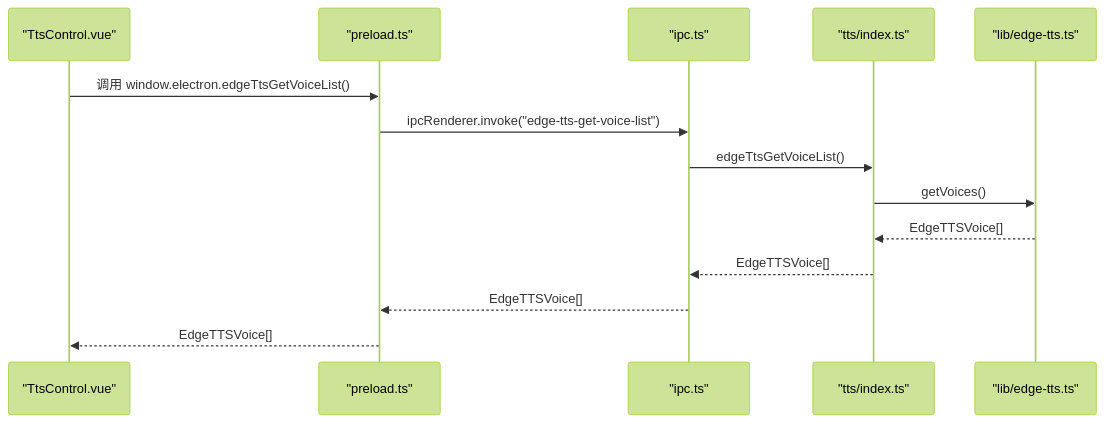
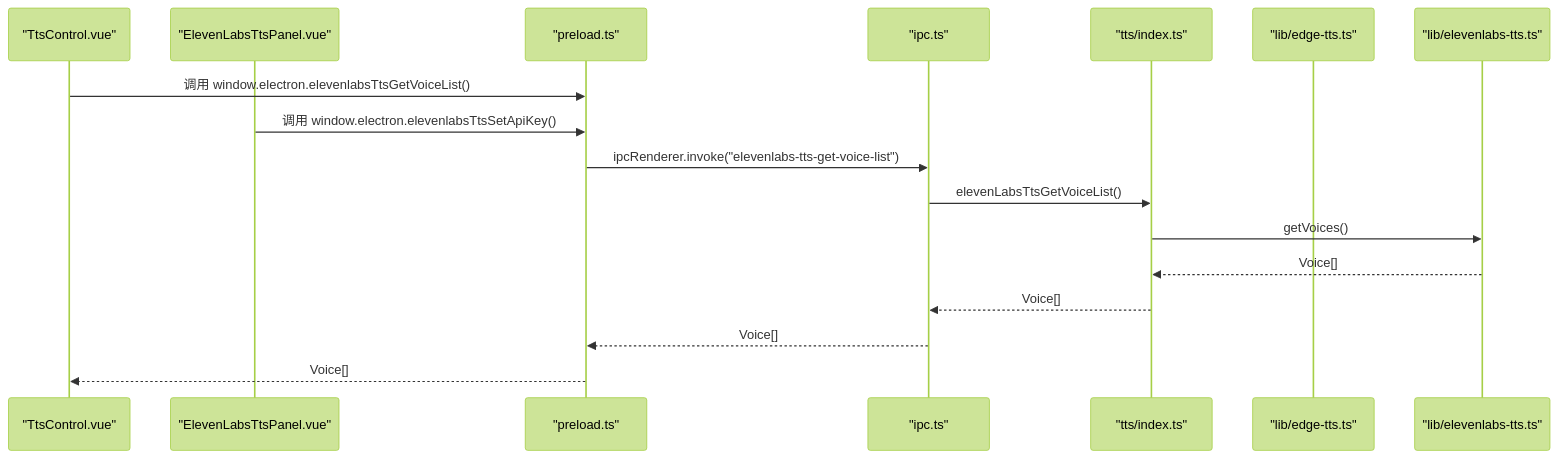
One commit to torans/crow.video changed the second of 8 diagrams in .qoder/repowiki/zh/content/核心功能模块/语音合成系统.md. Above: the diagram before and after it, drawn with Mermaid (forest theme). The commit also changed other lines of this file and 35 other files, not shown here.

````diff
--- a/.qoder/repowiki/zh/content/核心功能模块/语音合成系统.md
+++ b/.qoder/repowiki/zh/content/核心功能模块/语音合成系统.md
@@ -95,16 +116,19 @@
 ```mermaid
 sequenceDiagram
 participant UI as "TtsControl.vue"
+participant Panel as "ElevenLabsTtsPanel.vue"
 participant Preload as "preload.ts"
 participant IPC as "ipc.ts"
 participant TTS as "tts/index.ts"
-participant Engine as "lib/edge-tts.ts"
-UI->>Preload : 调用 window.electron.edgeTtsGetVoiceList()
-Preload->>IPC : ipcRenderer.invoke("edge-tts-get-voice-list")
-IPC->>TTS : edgeTtsGetVoiceList()
-TTS->>Engine : getVoices()
-Engine-->>TTS : EdgeTTSVoice[]
-TTS-->>IPC : EdgeTTSVoice[]
-IPC-->>Preload : EdgeTTSVoice[]
-Preload-->>UI : EdgeTTSVoice[]
+participant EdgeEngine as "lib/edge-tts.ts"
+participant ElevenEngine as "lib/elevenlabs-tts.ts"
+UI->>Preload : 调用 window.electron.elevenlabsTtsGetVoiceList()
+Panel->>Preload : 调用 window.electron.elevenlabsTtsSetApiKey()
+Preload->>IPC : ipcRenderer.invoke("elevenlabs-tts-get-voice-list")
+IPC->>TTS : elevenLabsTtsGetVoiceList()
+TTS->>ElevenEngine : getVoices()
+ElevenEngine-->>TTS : Voice[]
+TTS-->>IPC : Voice[]
+IPC-->>Preload : Voice[]
+Preload-->>UI : Voice[]
 ```
````
